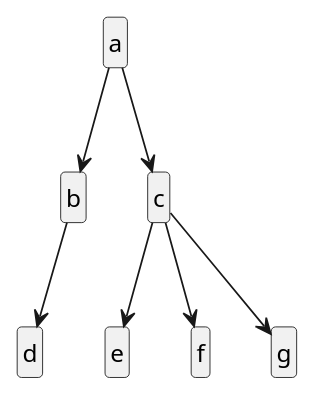
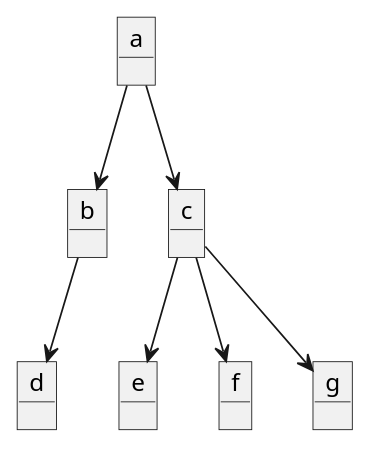
Before and after one commit to mmasias/EDA1: the diagram in modelosUML/arboles/arboles.puml, drawn with PlantUML. The commit also changed 27 other files, not shown here.

```diff
--- a/modelosUML/arboles/arboles.puml
+++ b/modelosUML/arboles/arboles.puml
@@ -1,11 +1,14 @@
-hide class circle
-hide empty members
-
-class a
+object a
+object b
+object c
+object d
+object e
+object f
+object g
 
 a -d-> b
 b -d-> d
 a -d-> c
 c -d-> e
 c -d-> f
 c -d-> g
```
